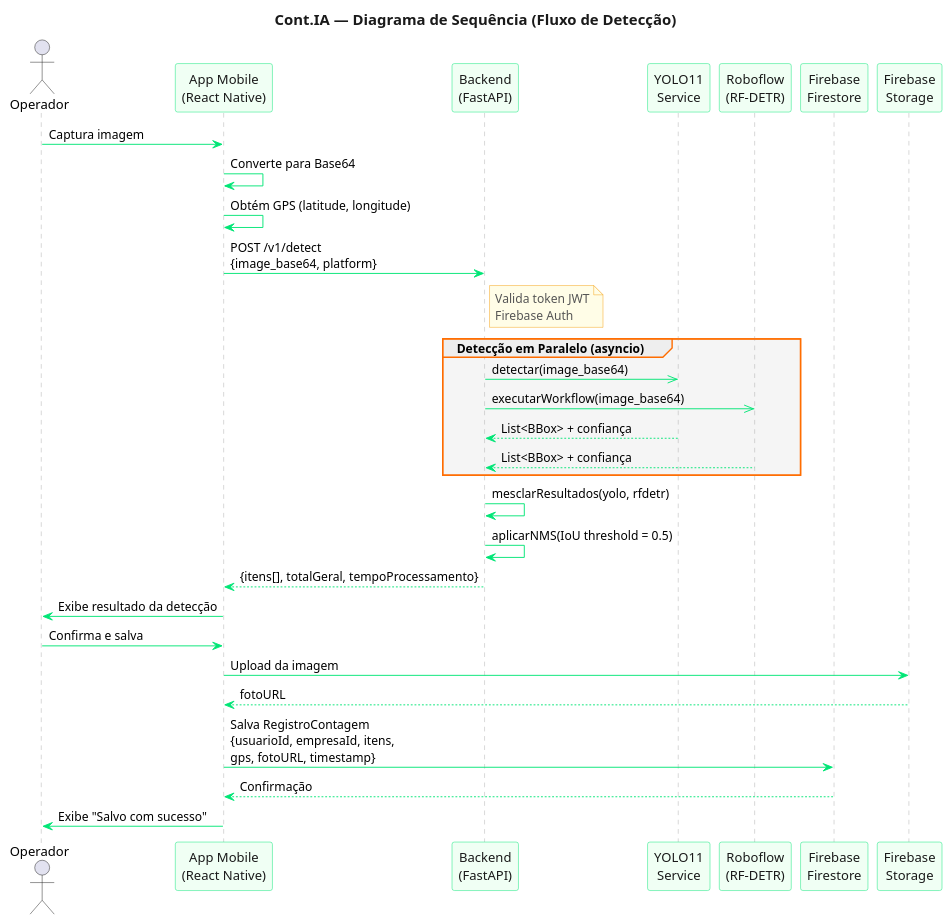
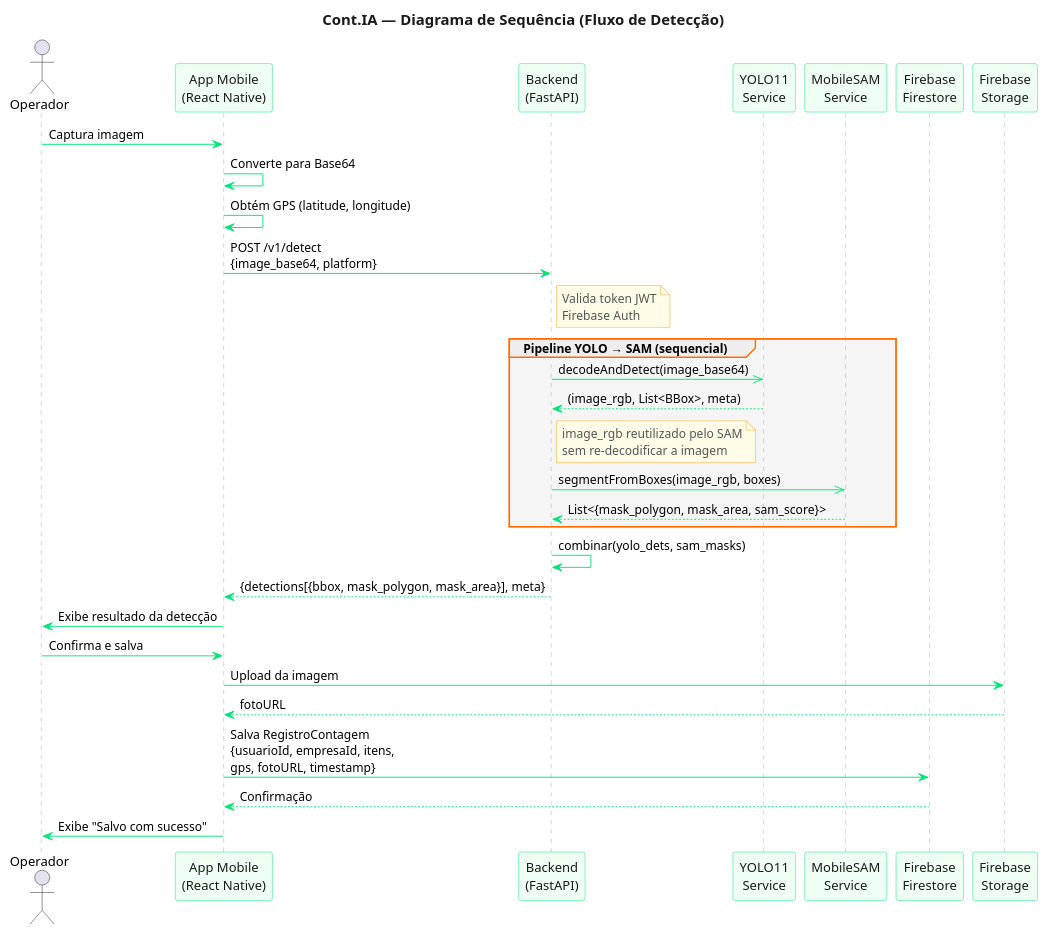
Before and after one commit to JuBertoldo/cont-ia: the diagram in docs/diagramas/04_sequencia.puml, drawn with PlantUML. The commit also changed 8 other files, not shown here.

First line of the commit message:
docs(diagramas): atualizar 9 diagramas PlantUML para pipeline YOLO11 + MobileSAM

```diff
--- a/docs/diagramas/04_sequencia.puml
+++ b/docs/diagramas/04_sequencia.puml
@@ -1,59 +1,62 @@
 @startuml 04_sequencia
 title Cont.IA — Diagrama de Sequência (Fluxo de Detecção)
 
 skinparam backgroundColor #FFFFFF
 skinparam participantBackgroundColor #F0FFF4
 skinparam participantBorderColor #00E676
 skinparam participantFontColor #1A1A1A
 skinparam sequenceArrowColor #00E676
 skinparam sequenceLifeLineBorderColor #AAAAAA
 skinparam sequenceGroupBorderColor #FF6D00
 skinparam sequenceGroupFontColor #E65100
 skinparam sequenceGroupBodyBackgroundColor #F5F5F5
 skinparam titleFontColor #1A1A1A
 skinparam titleFontSize 16
 skinparam noteBorderColor #F59E0B
 skinparam noteBackgroundColor #FFFDE7
 skinparam noteFontColor #555555
 
 actor "Operador" as OP
 participant "App Mobile\n(React Native)" as APP
 participant "Backend\n(FastAPI)" as API
 participant "YOLO11\nService" as YOLO
-participant "Roboflow\n(RF-DETR)" as RF
+participant "MobileSAM\nService" as SAM
 participant "Firebase\nFirestore" as FS
 participant "Firebase\nStorage" as STORAGE
 
 OP -> APP : Captura imagem
 
 APP -> APP : Converte para Base64
 APP -> APP : Obtém GPS (latitude, longitude)
 
 APP -> API : POST /v1/detect\n{image_base64, platform}
 note right of API : Valida token JWT\nFirebase Auth
 
-group Detecção em Paralelo (asyncio)
-    API ->> YOLO : detectar(image_base64)
-    API ->> RF : executarWorkflow(image_base64)
-    YOLO --> API : List<BBox> + confiança
-    RF --> API : List<BBox> + confiança
+group Pipeline YOLO → SAM (sequencial)
+    API ->> YOLO : decodeAndDetect(image_base64)
+    YOLO --> API : (image_rgb, List<BBox>, meta)
+    note right of API
+      image_rgb reutilizado pelo SAM
+      sem re-decodificar a imagem
+    end note
+    API ->> SAM : segmentFromBoxes(image_rgb, boxes)
+    SAM --> API : List<{mask_polygon, mask_area, sam_score}>
 end
 
-API -> API : mesclarResultados(yolo, rfdetr)
-API -> API : aplicarNMS(IoU threshold = 0.5)
+API -> API : combinar(yolo_dets, sam_masks)
 
-API --> APP : {itens[], totalGeral, tempoProcessamento}
+API --> APP : {detections[{bbox, mask_polygon, mask_area}], meta}
 
 APP -> OP : Exibe resultado da detecção
 
 OP -> APP : Confirma e salva
 
 APP -> STORAGE : Upload da imagem
 STORAGE --> APP : fotoURL
 
 APP -> FS : Salva RegistroContagem\n{usuarioId, empresaId, itens,\ngps, fotoURL, timestamp}
 FS --> APP : Confirmação
 
 APP -> OP : Exibe "Salvo com sucesso"
 
 @enduml
```
